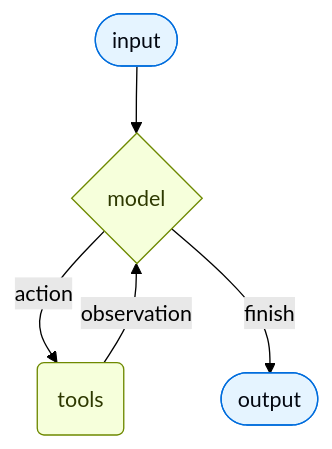
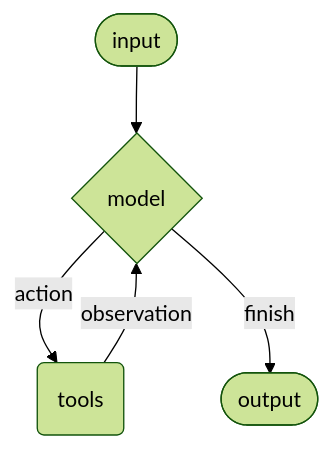
One commit to zhaoxin34/matrix changed the first of 4 diagrams in neo/design/docs/product/agents/agents-overview.md. Above: the diagram before and after it, drawn with Mermaid (forest theme). The commit also changed other lines of this file and 8 other files, not shown here.

````diff
--- a/neo/design/docs/product/agents/agents-overview.md
+++ b/neo/design/docs/product/agents/agents-overview.md
@@ -18,29 +18,19 @@
-```mermaid theme={"theme":{"light":"catppuccin-latte","dark":"catppuccin-mocha"}}
-%%{
-  init: {
-    "fontFamily": "monospace",
-    "flowchart": {
-      "curve": "curve"
-    }
-  }
-}%%
+```mermaid
 graph TD
   %% Outside the agent
   QUERY([input])
   LLM{model}
   TOOL(tools)
   ANSWER([output])
 
   %% Main flows (no inline labels)
   QUERY --> LLM
   LLM --"action"--> TOOL
   TOOL --"observation"--> LLM
   LLM --"finish"--> ANSWER
 
-  classDef blueHighlight fill:#E5F4FF,stroke:#006DDD,color:#030710;
-  classDef greenHighlight fill:#F6FFDB,stroke:#6E8900,color:#2E3900;
   class QUERY blueHighlight;
   class ANSWER blueHighlight;
   class LLM greenHighlight;
   class TOOL greenHighlight;
 ```
````
